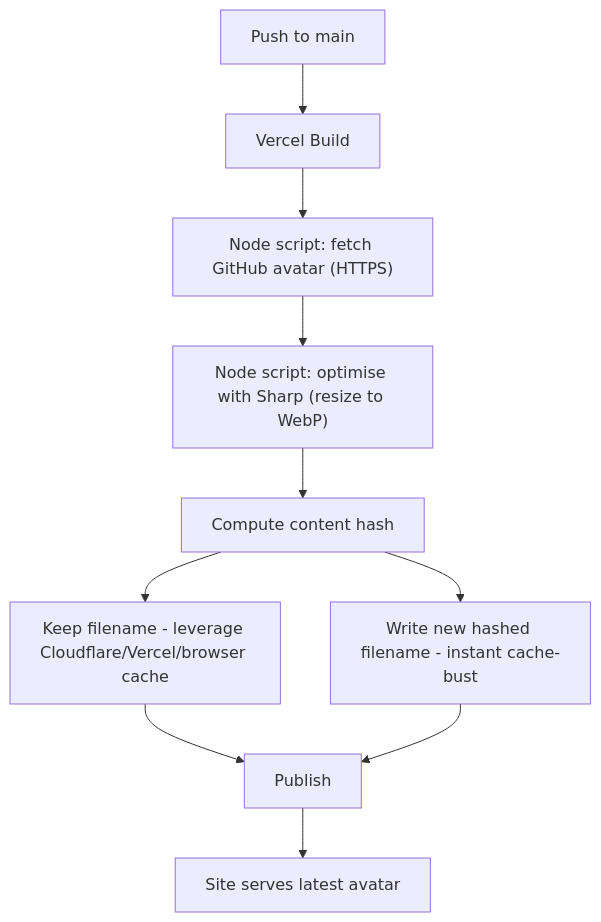
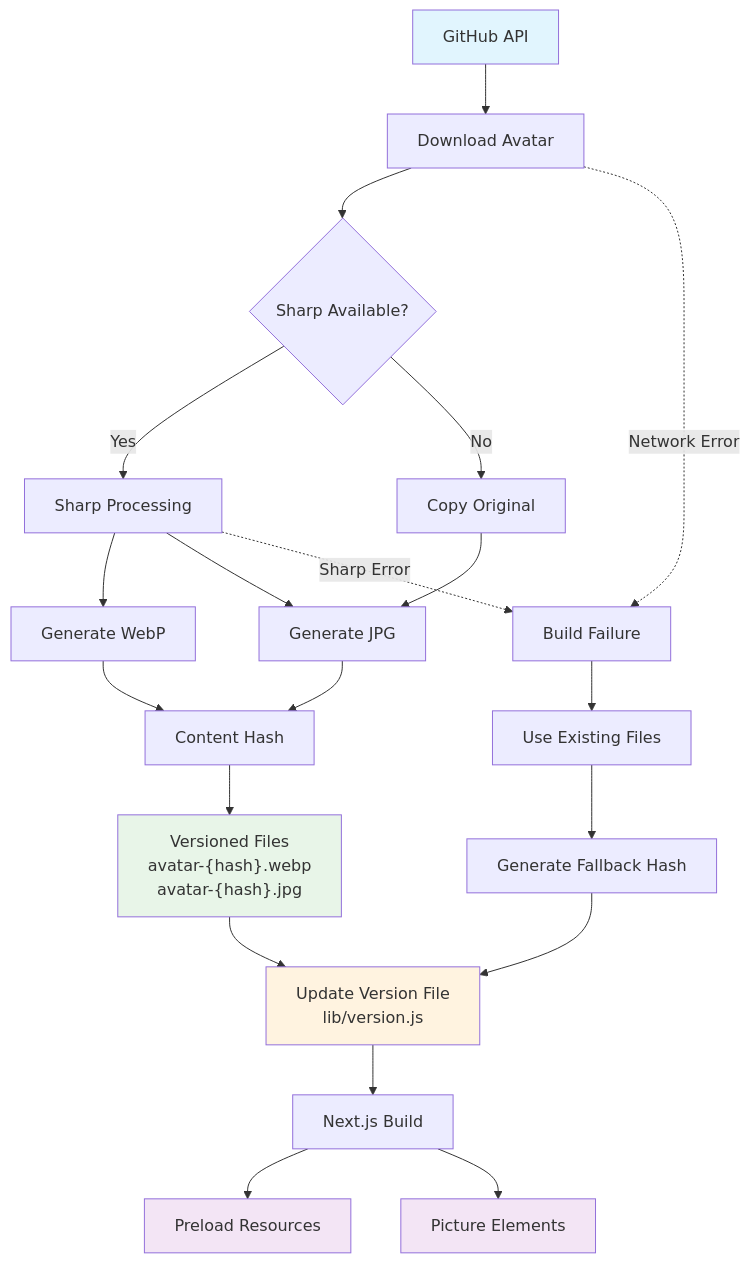
One commit to sainsw/ainsworth.dev changed the diagram in content/github-image-sync.mdx. Above: the diagram before and after it, drawn with Mermaid.

Commit message:
Revise mermaid diagram in GitHub image sync documentation to enhance clarity and detail of the avatar processing workflow, including error handling and file versioning steps.

````diff
--- a/content/github-image-sync.mdx
+++ b/content/github-image-sync.mdx
@@ -11,12 +11,33 @@
 ```mermaid
-flowchart TD
-  A[Push to main] --> B[Vercel Build]
-  B --> C["Node script: fetch GitHub avatar (HTTPS)"]
-  C --> D["Node script: optimise with Sharp (resize to WebP)"]
-  D --> E[Compute content hash]
-  E --> F["Keep filename - leverage Cloudflare/Vercel/browser cache"]
-  E --> G["Write new hashed filename - instant cache-bust"]
-  F --> H[Publish]
-  G --> H[Publish]
-  H --> I[Site serves latest avatar]
+graph TD
+    A[GitHub API] --> B[Download Avatar]
+    B --> C{Sharp Available?}
+    C -->|Yes| D[Sharp Processing]
+    C -->|No| E[Copy Original]
+    D --> F[Generate WebP]
+    D --> G[Generate JPG]
+    E --> G
+    F --> H[Content Hash]
+    G --> H
+    H --> I["Versioned Files
+    avatar-{hash}.webp
+    avatar-{hash}.jpg"]
+    I --> J["Update Version File
+    lib/version.js"]
+    J --> K[Next.js Build]
+    K --> L[Preload Resources]
+    K --> M[Picture Elements]
+    
+    N[Build Failure] --> O[Use Existing Files]
+    O --> P[Generate Fallback Hash]
+    P --> J
+    
+    B -.->|Network Error| N
+    D -.->|Sharp Error| N
+    
+    style A fill:#e1f5fe
+    style I fill:#e8f5e8
+    style J fill:#fff3e0
+    style L fill:#f3e5f5
+    style M fill:#f3e5f5
 ```
````
